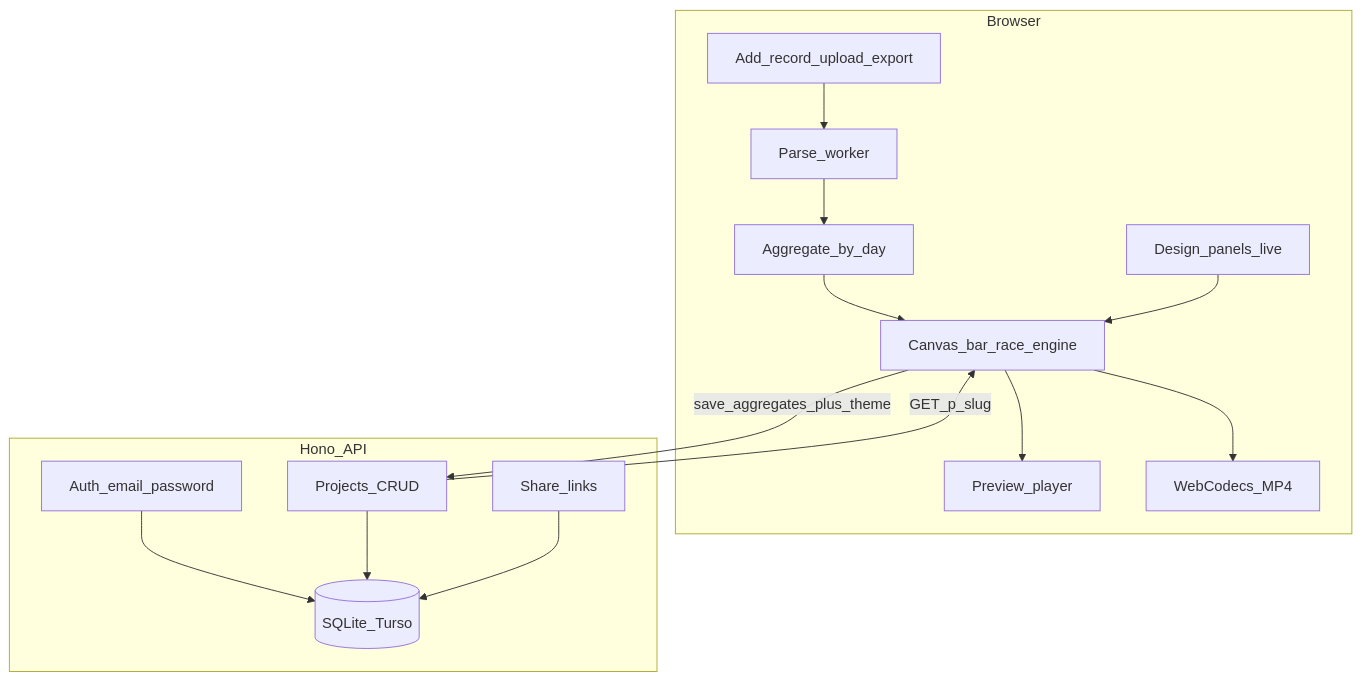
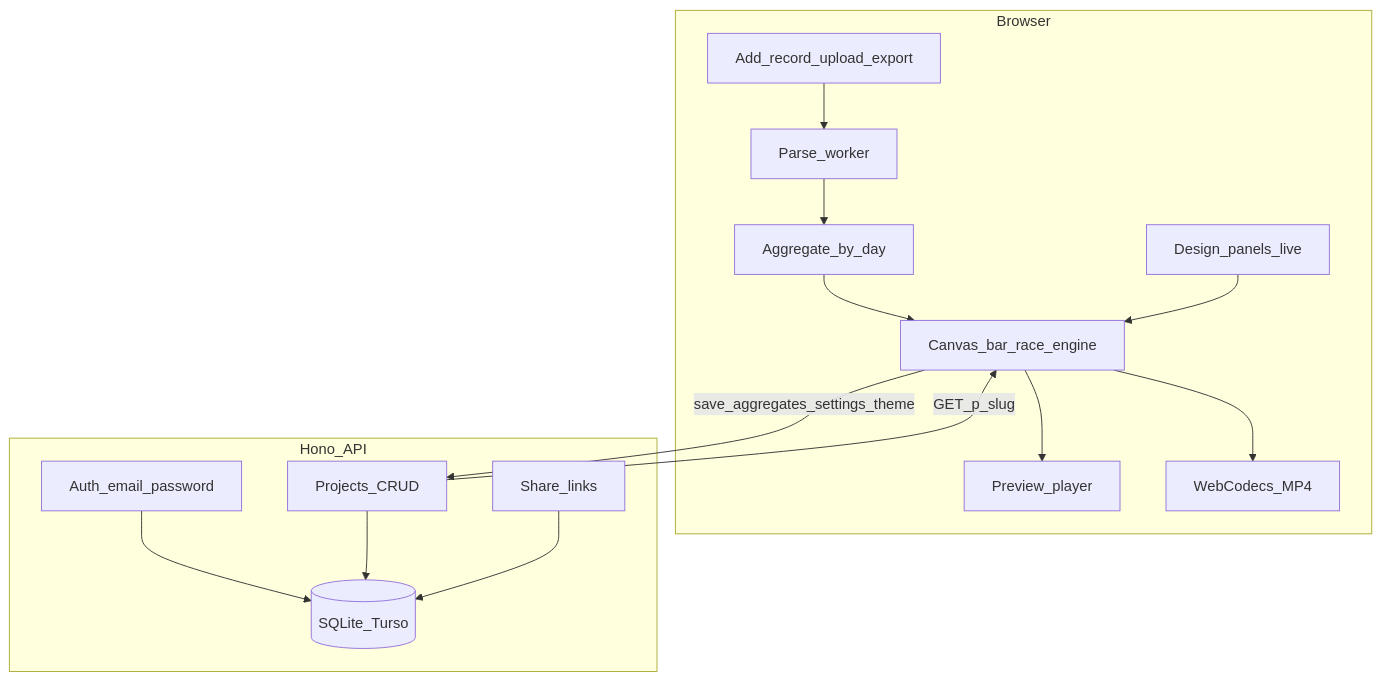
Before and after one commit to aspetrovskii/telegraphic: the diagram in .cursor/plans/telegram_bar_race_mvp_28875287.plan.md, drawn with Mermaid. The commit also changed other lines of this file and 4 other files, not shown here.

````diff
--- a/.cursor/plans/telegram_bar_race_mvp_28875287.plan.md
+++ b/.cursor/plans/telegram_bar_race_mvp_28875287.plan.md
@@ -62,27 +62,27 @@
 ```mermaid
 flowchart TB
   subgraph client [Browser]
     upload[Add_record_upload_export]
     parse[Parse_worker]
     agg[Aggregate_by_day]
     theme[Design_panels_live]
     engine[Canvas_bar_race_engine]
     player[Preview_player]
     encode[WebCodecs_MP4]
     upload --> parse --> agg --> engine
     theme --> engine
     engine --> player
     engine --> encode
   end
   subgraph server [Hono_API]
     auth[Auth_email_password]
     api[Projects_CRUD]
     links[Share_links]
     db[(SQLite_Turso)]
     auth --> db
     api --> db
     links --> db
   end
-  engine -->|save_aggregates_plus_theme| api
+  engine -->|save_aggregates_settings_theme| api
   api -->|GET_p_slug| engine
 ```
````
